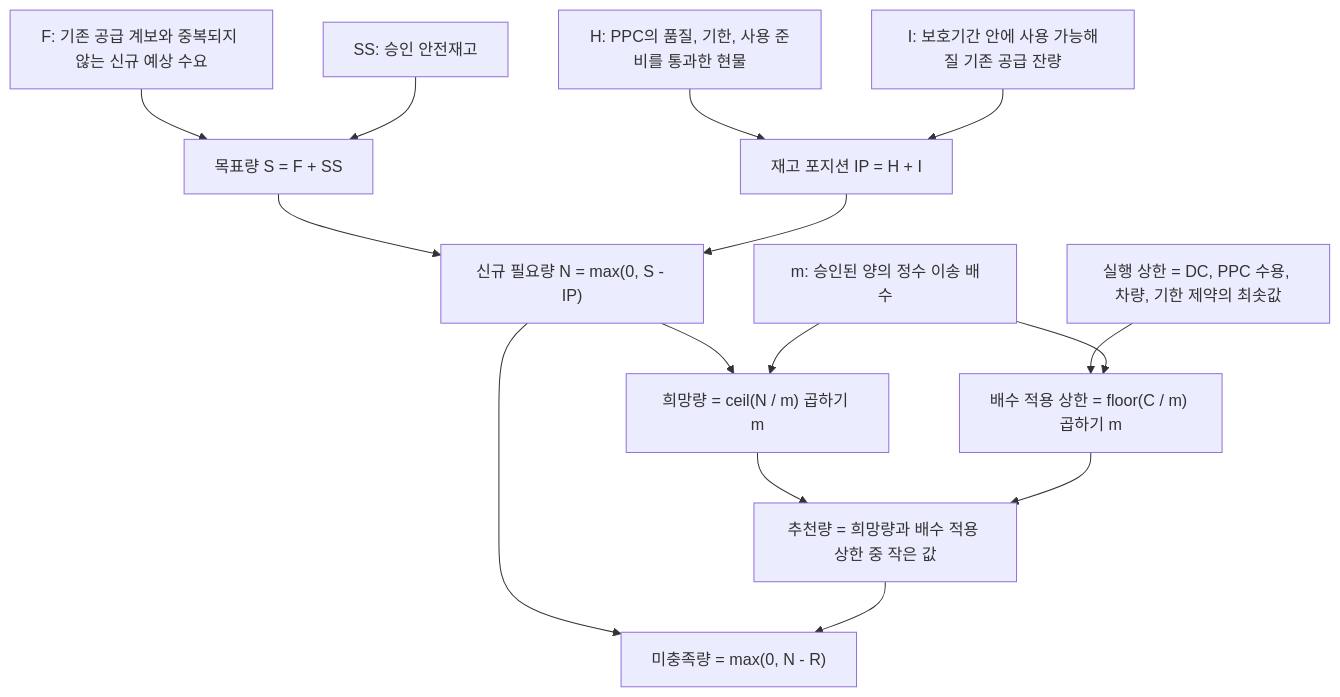
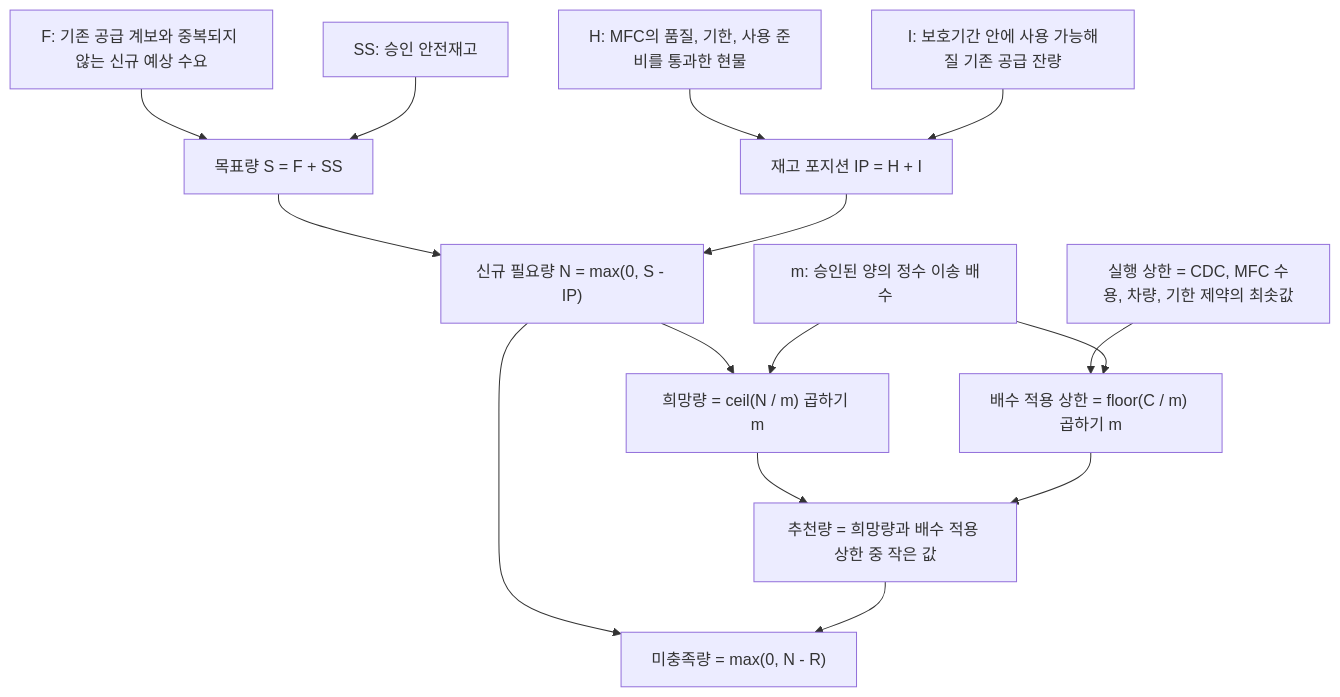
The fifth of 8 diagrams in 03. v1-Logistics/TMS-SCM/SCM-Replenishment-business-logic-diagrams.md (hsoh-collab/bmart-analysis), drawn with Mermaid before and after one commit. The commit also changed other lines of this file and 3 other files, not shown here.

````diff
--- a/03. v1-Logistics/TMS-SCM/SCM-Replenishment-business-logic-diagrams.md
+++ b/03. v1-Logistics/TMS-SCM/SCM-Replenishment-business-logic-diagrams.md
@@ -133,41 +133,41 @@
 ```mermaid
 flowchart TD
-    H["H: PPC의 품질, 기한, 사용 준비를 통과한 현물"]
+    H["H: MFC의 품질, 기한, 사용 준비를 통과한 현물"]
     I["I: 보호기간 안에 사용 가능해질 기존 공급 잔량"]
     F["F: 기존 공급 계보와 중복되지 않는 신규 예상 수요"]
     SS["SS: 승인 안전재고"]
 
     S["목표량 S = F + SS"]
     IP["재고 포지션 IP = H + I"]
     N["신규 필요량 N = max(0, S - IP)"]
 
     M["m: 승인된 양의 정수 이송 배수"]
     W["희망량 = ceil(N / m) 곱하기 m"]
 
-    C["실행 상한 = DC, PPC 수용, 차량, 기한 제약의 최솟값"]
+    C["실행 상한 = CDC, MFC 수용, 차량, 기한 제약의 최솟값"]
     U["배수 적용 상한 = floor(C / m) 곱하기 m"]
 
     R["추천량 = 희망량과 배수 적용 상한 중 작은 값"]
     X["미충족량 = max(0, N - R)"]
 
     H --> IP
     I --> IP
 
     F --> S
     SS --> S
 
     S --> N
     IP --> N
 
     N --> W
     M --> W
 
     C --> U
     M --> U
 
     W --> R
     U --> R
 
     N --> X
     R --> X
 ```
````
